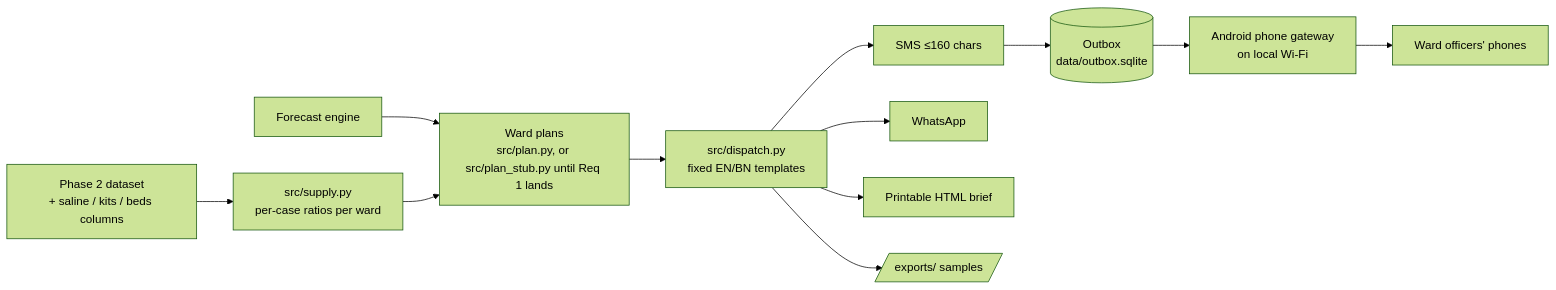
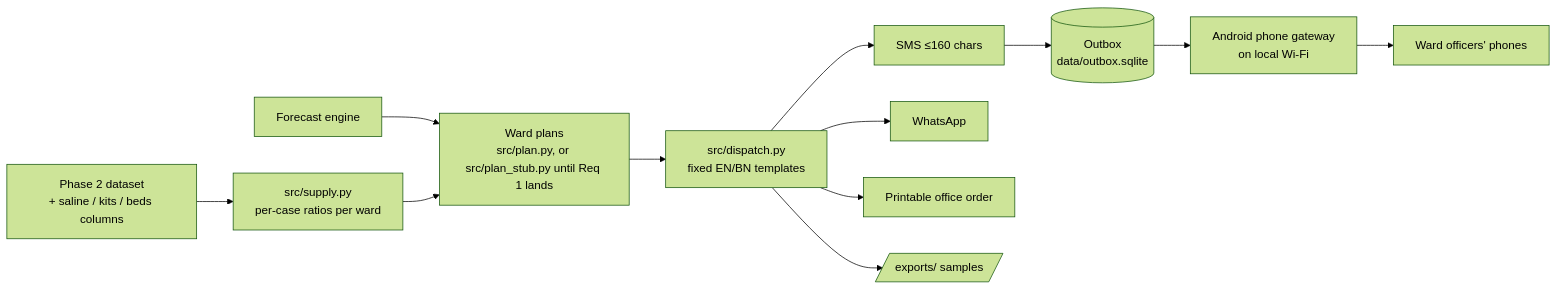
The second of 2 diagrams in ARCHITECTURE.md (m-kaeem/shotorko-by-trigun), drawn with Mermaid (forest theme) before and after one commit. The commit also changed other lines of this file and 3 other files, not shown here.

Commit message:
Describe the printable office order in the docs

````diff
--- a/ARCHITECTURE.md
+++ b/ARCHITECTURE.md
@@ -173,10 +173,10 @@
 ```mermaid
 flowchart LR
     D[Phase 2 dataset<br/>+ saline / kits / beds columns] --> R[src/supply.py<br/>per-case ratios per ward]
     F[Forecast engine] --> P[Ward plans<br/>src/plan.py, or src/plan_stub.py until Req 1 lands]
     R --> P
     P --> N[src/dispatch.py<br/>fixed EN/BN templates]
-    N --> S[SMS ≤160 chars] & W[WhatsApp] & B[Printable HTML brief]
+    N --> S[SMS ≤160 chars] & W[WhatsApp] & B[Printable office order]
     S --> O[(Outbox<br/>data/outbox.sqlite)] --> G[Android phone gateway<br/>on local Wi-Fi] --> Ph[Ward officers' phones]
     N --> X[/exports/ samples/]
 ```
````
